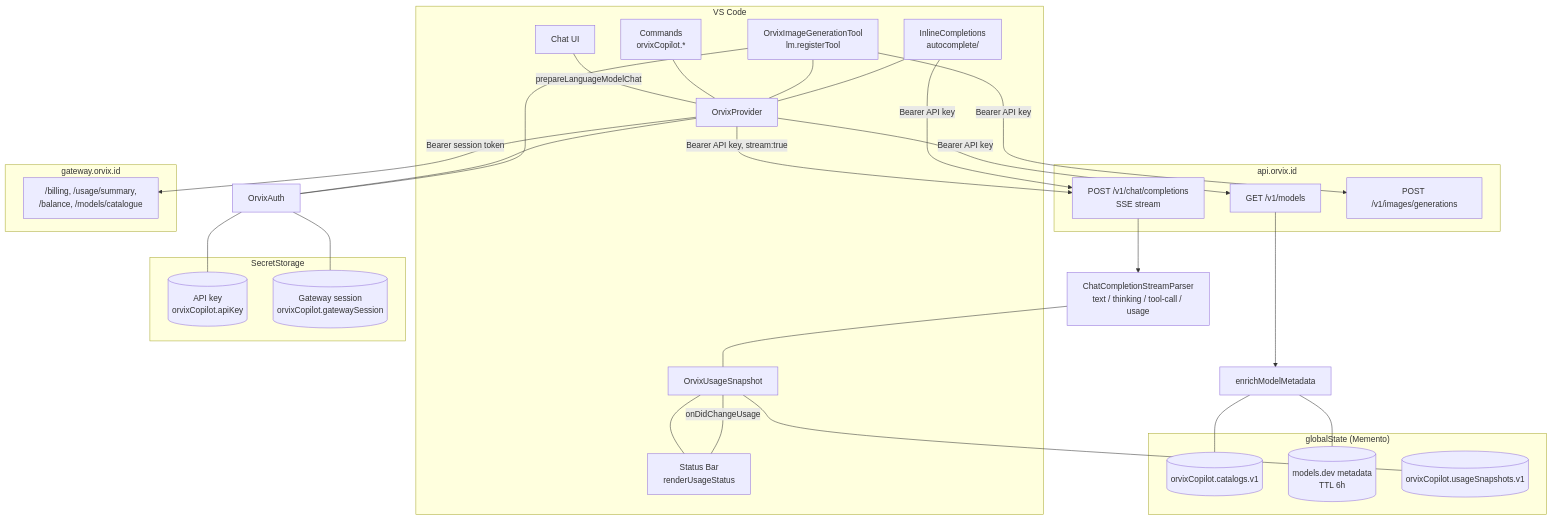
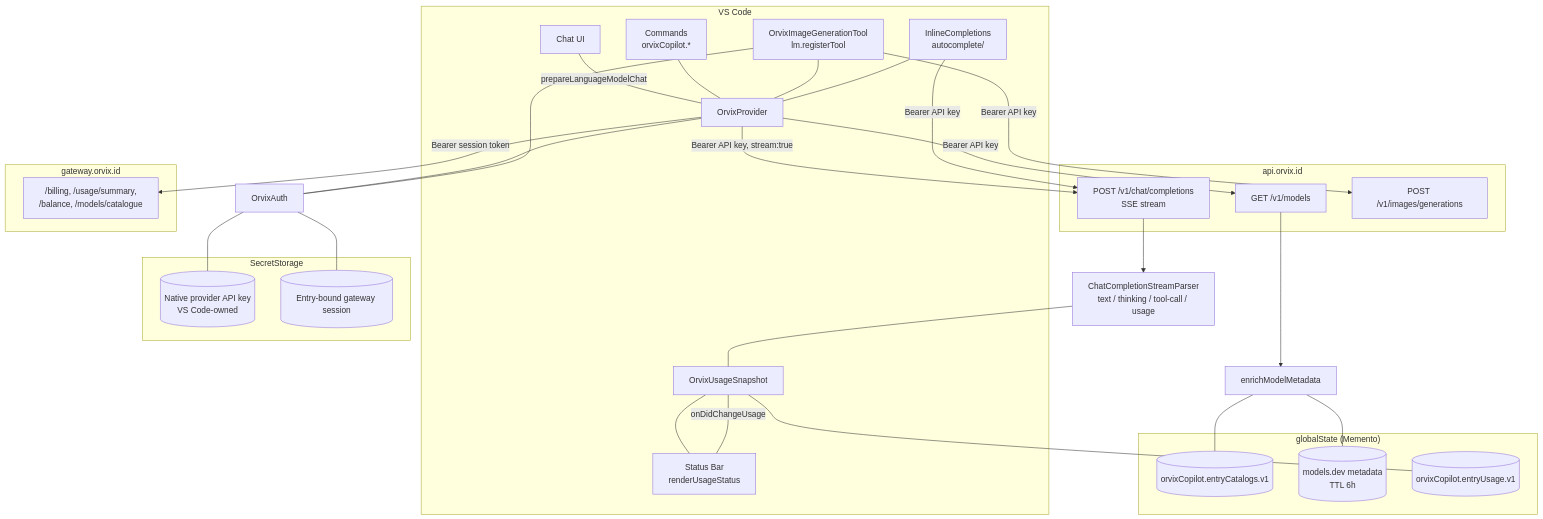
One commit to grikomsn/orvix-copilot-chat changed the diagram in docs/development.md. Above: the diagram before and after it, drawn with Mermaid. The commit also changed other lines of this file and 27 other files, not shown here.

````diff
--- a/docs/development.md
+++ b/docs/development.md
@@ -17,52 +19,52 @@
 ```mermaid
 flowchart TD
   subgraph VSCODE["VS Code"]
     UI[Chat UI] ---|prepareLanguageModelChat| PROV[OrvixProvider]
     CMD[Commands<br/>orvixCopilot.*] --- PROV
     TOOL[OrvixImageGenerationTool<br/>lm.registerTool] --- PROV
     INLINE[InlineCompletions<br/>autocomplete/] --- PROV
     SB[Status Bar<br/>renderUsageStatus] ---|onDidChangeUsage| SNAP[OrvixUsageSnapshot]
   end
 
   subgraph SECRET["SecretStorage"]
-    KEY[(API key<br/>orvixCopilot.apiKey)]
-    GW[(Gateway session<br/>orvixCopilot.gatewaySession)]
+    KEY[(Native provider API key<br/>VS Code-owned)]
+    GW[(Entry-bound gateway session)]
   end
 
   subgraph STATE["globalState (Memento)"]
-    CAT[(orvixCopilot.catalogs.v1)]
+    CAT[(orvixCopilot.entryCatalogs.v1)]
     DEV[(models.dev metadata<br/>TTL 6h)]
-    USAGE[(orvixCopilot.usageSnapshots.v1)]
+    USAGE[(orvixCopilot.entryUsage.v1)]
   end
 
   subgraph ORVIX["api.orvix.id"]
     MODELS["GET /v1/models"]
     CHAT["POST /v1/chat/completions<br/>SSE stream"]
     IMG["POST /v1/images/generations"]
   end
 
   subgraph GATEWAY["gateway.orvix.id"]
     BILLING["/billing, /usage/summary,<br/>/balance, /models/catalogue"]
   end
 
   AUTH[OrvixAuth]
   PROV --- AUTH
   AUTH --- KEY
   AUTH --- GW
   TOOL --- AUTH
 
   PROV -->|"Bearer API key"| MODELS
   PROV -->|"Bearer API key, stream:true"| CHAT
   TOOL -->|"Bearer API key"| IMG
   INLINE -->|"Bearer API key"| CHAT
   PROV -->|"Bearer session token"| BILLING
 
   MODELS --> ENRICH["enrichModelMetadata"]
   ENRICH --- DEV
   ENRICH --- CAT
 
   CHAT --> PARSE["ChatCompletionStreamParser<br/>text / thinking / tool-call / usage"]
   PARSE --- SNAP
   SNAP --- USAGE
   SNAP --- SB
 ```
````
